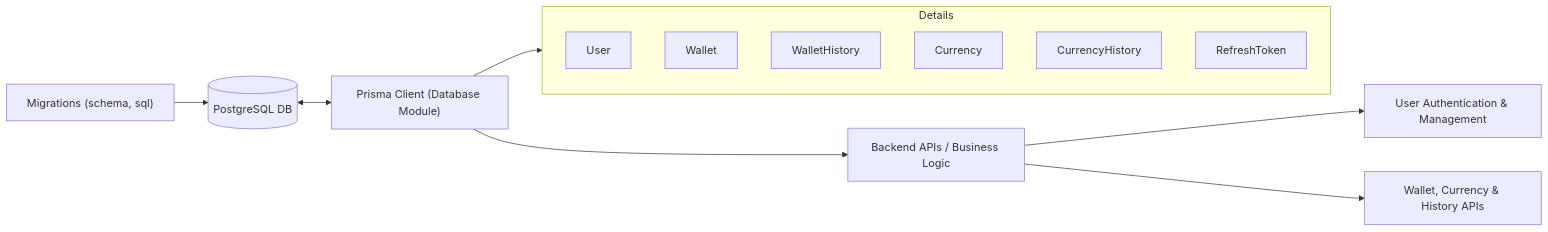
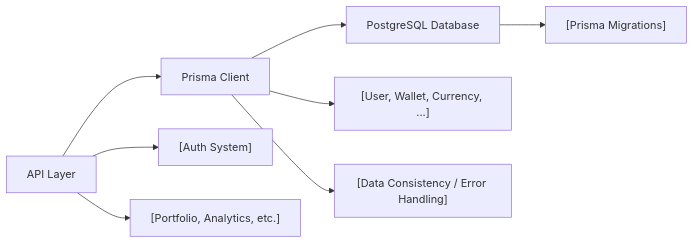
One commit to test-orga-shelfya/test-shelfya changed the diagram in .shelfya/guide/database.md. Above: the diagram before and after it, drawn with Mermaid. The commit also changed other lines of this file and 8 other files, not shown here.

````diff
--- a/.shelfya/guide/database.md
+++ b/.shelfya/guide/database.md
@@ -77,25 +97,9 @@
 ```mermaid
 flowchart LR
-  postgres[(PostgreSQL DB)]
-  prismaClient["Prisma Client (Database Module)"]
-  backendAPI["Backend APIs / Business Logic"]
-  users["User Authentication & Management"]
-  wallets["Wallet, Currency & History APIs"]
-  migrate["Migrations (schema, sql)"]
-
-  postgres <--> prismaClient
-  migrate --> postgres
-  prismaClient --> backendAPI
-  backendAPI --> users
-  backendAPI --> wallets
-
-  subgraph Details
-    User
-    Wallet
-    WalletHistory
-    Currency
-    CurrencyHistory
-    RefreshToken
-  end
-  prismaClient --> Details
+  api["API Layer"] --> prismaClient["Prisma Client"] --> database["PostgreSQL Database"]
+  prismaClient --> schemaModels["[User, Wallet, Currency, ...]"]
+  database --> migrations["[Prisma Migrations]"]
+  prismaClient --> errorHandling["[Data Consistency / Error Handling]"]
+  api --> auth["[Auth System]"]
+  api --> businessLogic["[Portfolio, Analytics, etc.]"]
 ```
````
